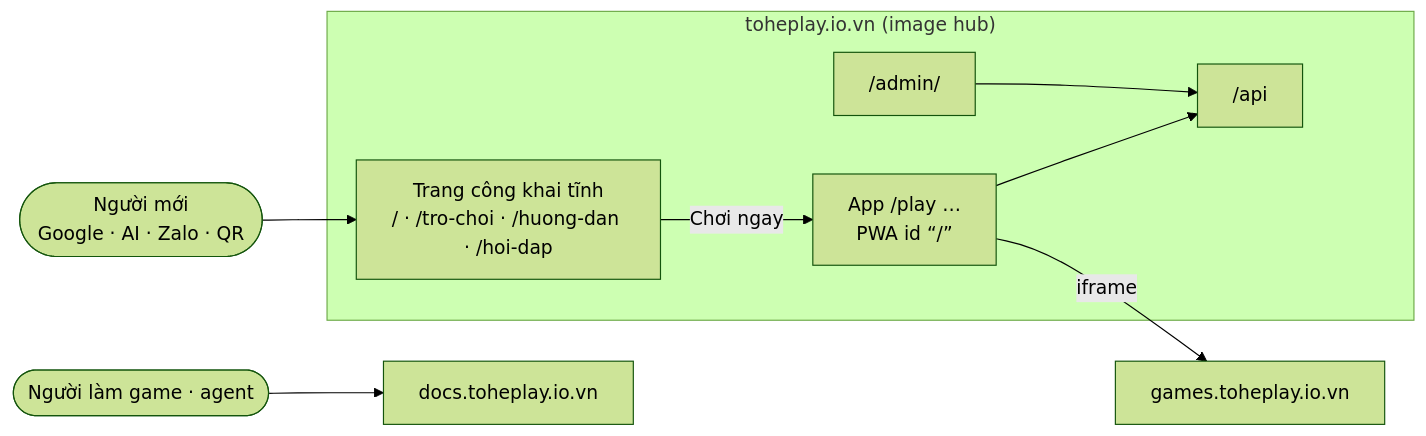
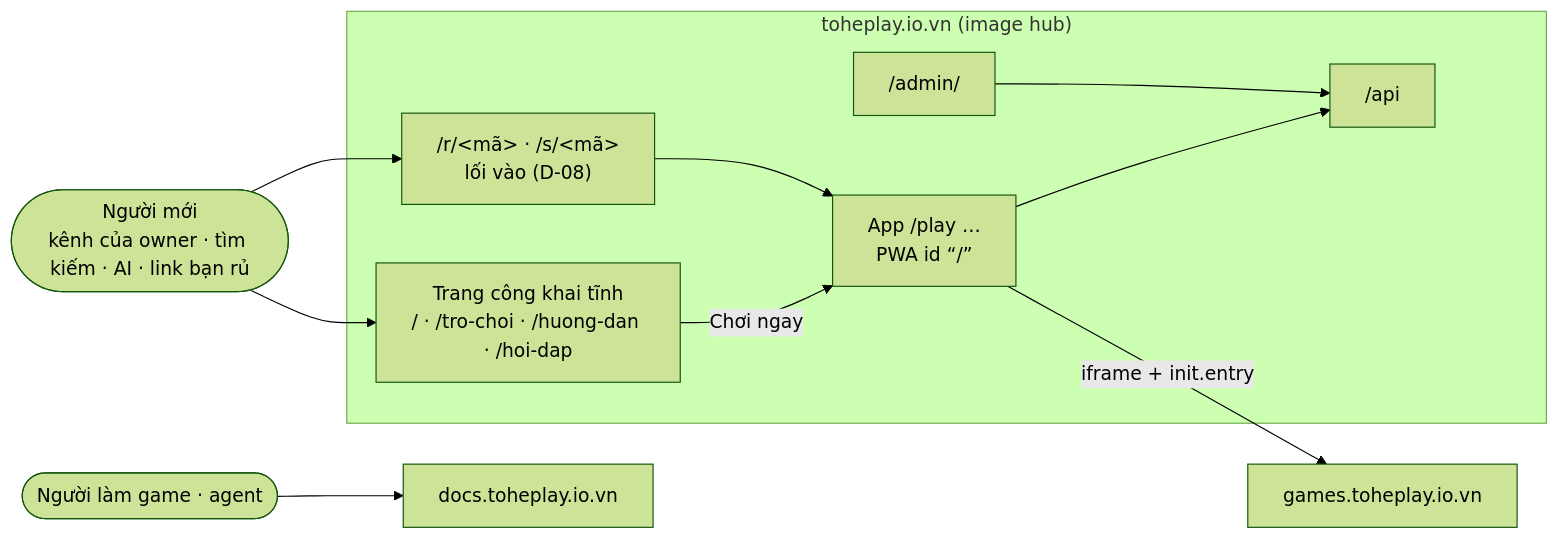
One commit to vinh466/tohe-play changed the first of 2 diagrams in plans/product-surface/design.md. Above: the diagram before and after it, drawn with Mermaid (forest theme). The commit also changed other lines of this file and 18 other files, not shown here.

First line of the commit message:
plan(product-surface): owner decisions; tags as environments; identity ladder and entry links

````diff
--- a/plans/product-surface/design.md
+++ b/plans/product-surface/design.md
@@ -14,11 +14,13 @@
 ```mermaid
 flowchart LR
-  person([Người mới<br/>Google · AI · Zalo · QR]) --> pub
+  person([Người mới<br/>kênh của owner · tìm kiếm · AI · link bạn rủ]) --> pub
   subgraph root ["toheplay.io.vn (image hub)"]
-    pub["Trang công khai tĩnh<br/>/ · /tro-choi · /huong-dan · /hoi-dap"] -- "Chơi ngay" --> app["App /play …<br/>PWA id “/”"]
+    pub["Trang công khai tĩnh<br/>/ · /tro-choi · /huong-dan · /hoi-dap"] -- "Chơi ngay" --> app
+    links["/r/&lt;mã&gt; · /s/&lt;mã&gt;<br/>lối vào (D-08)"] --> app["App /play …<br/>PWA id “/”"]
     app --> api["/api"]
     admin["/admin/"] --> api
   end
-  app -- iframe --> games["games.toheplay.io.vn"]
+  person --> links
+  app -- iframe + init.entry --> games["games.toheplay.io.vn"]
   dev([Người làm game · agent]) --> docs["docs.toheplay.io.vn"]
 ```
````
